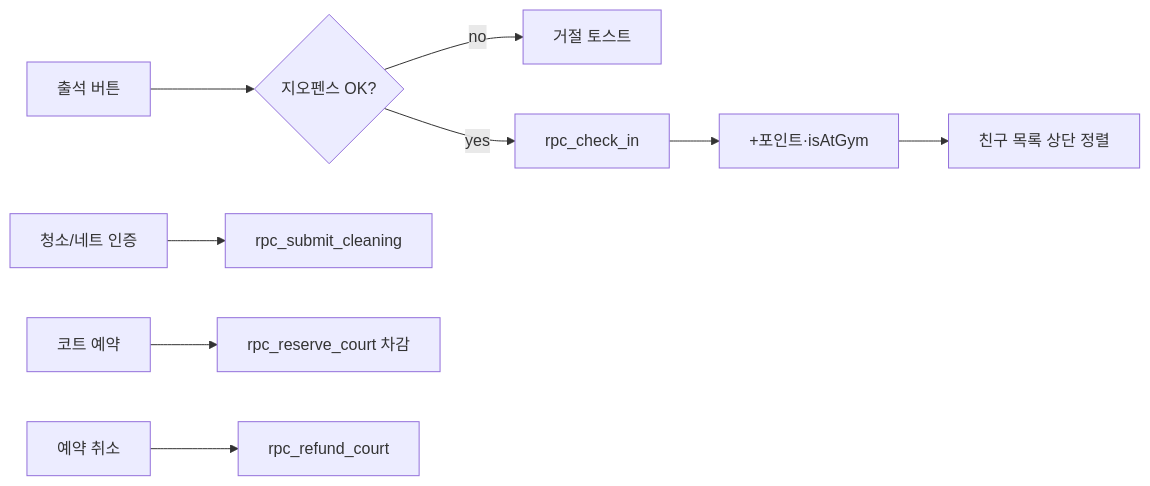
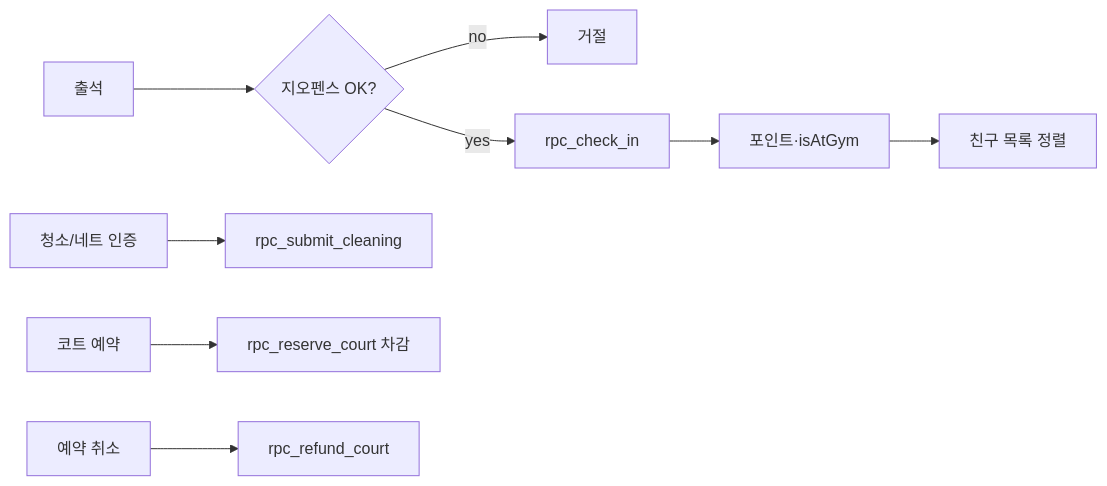
Before and after one commit to Jajungi/Dropsite: the fourth of 8 diagrams in docs/ARCHITECTURE.md, drawn with Mermaid. The commit also changed other lines of this file and 8 other files, not shown here.

````diff
--- a/docs/ARCHITECTURE.md
+++ b/docs/ARCHITECTURE.md
@@ -114,12 +117,12 @@
 ```mermaid
 flowchart LR
-  CheckIn[출석 버튼] --> Geo{지오펜스 OK?}
-  Geo -->|no| Fail[거절 토스트]
+  CheckIn[출석] --> Geo{지오펜스 OK?}
+  Geo -->|no| Fail[거절]
   Geo -->|yes| RPC1[rpc_check_in]
-  RPC1 --> Pts[+포인트·isAtGym]
-  Pts --> Friends[친구 목록 상단 정렬]
+  RPC1 --> Pts[포인트·isAtGym]
+  Pts --> Friends[친구 목록 정렬]
 
   Clean[청소/네트 인증] --> RPC2[rpc_submit_cleaning]
   Reserve[코트 예약] --> Spend[rpc_reserve_court 차감]
   Cancel[예약 취소] --> Refund[rpc_refund_court]
 ```
````
